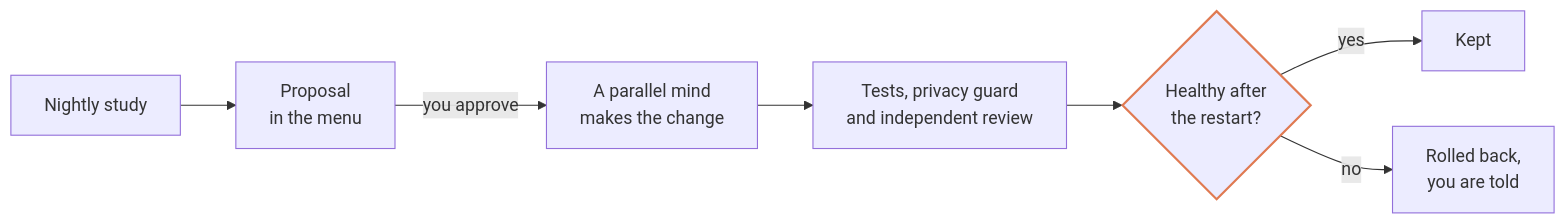
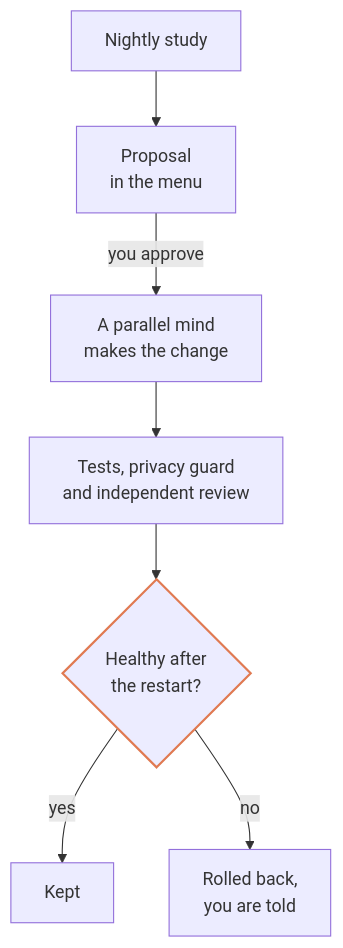
Before and after one commit to 0xDevDav/zoe: the second of 2 diagrams in README.md, drawn with Mermaid. The commit also changed other lines of this file and 1 other file, not shown here.

Commit message:
The README's side screenshots sit centered below their text and its diagrams run top to bottom, and the guide's architecture is a Mermaid diagram, so both read well on a phone

````diff
--- a/README.md
+++ b/README.md
@@ -135,11 +121,11 @@
 ```mermaid
-flowchart LR
+flowchart TD
     N["Nightly study"] --> P["Proposal<br/>in the menu"]
     P -- "you approve" --> M["A parallel mind<br/>makes the change"]
     M --> T["Tests, privacy guard<br/>and independent review"]
     T --> H{"Healthy after<br/>the restart?"}
     H -- "yes" --> K["Kept"]
     H -- "no" --> B["Rolled back,<br/>you are told"]
     classDef key stroke:#e07a52,stroke-width:2px
     class H key
 ```
````
